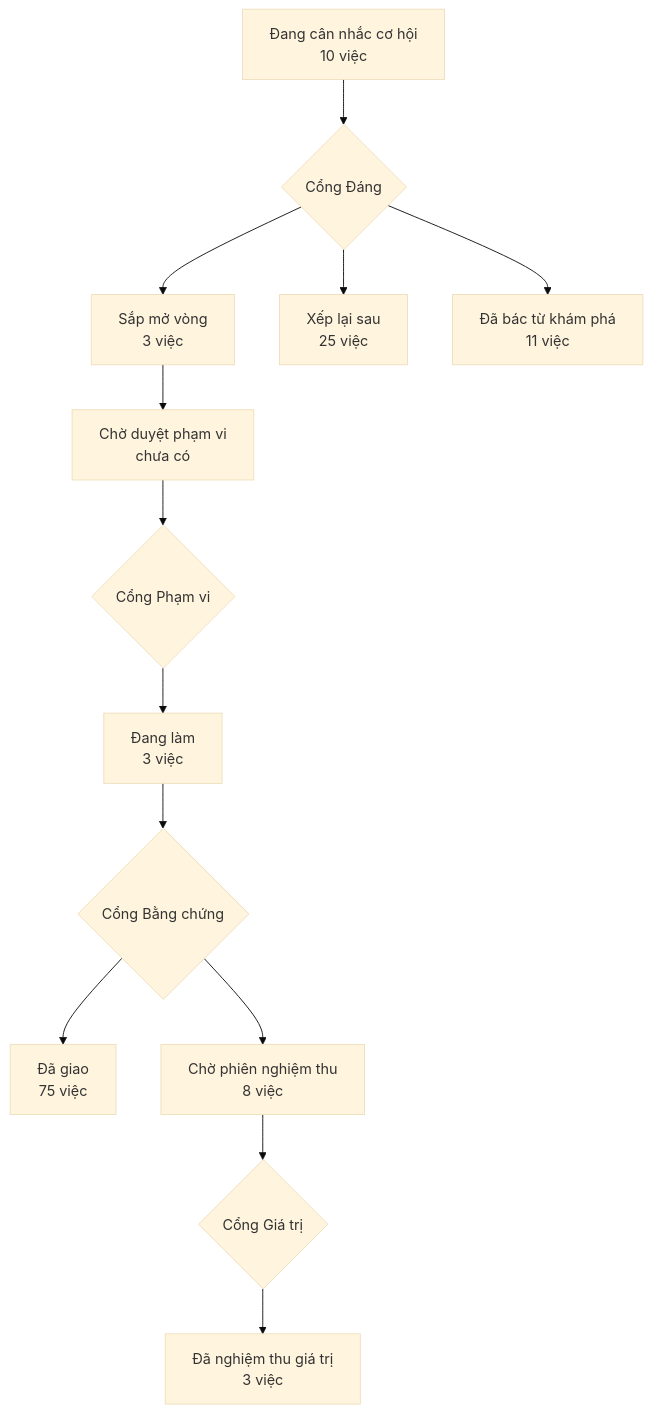
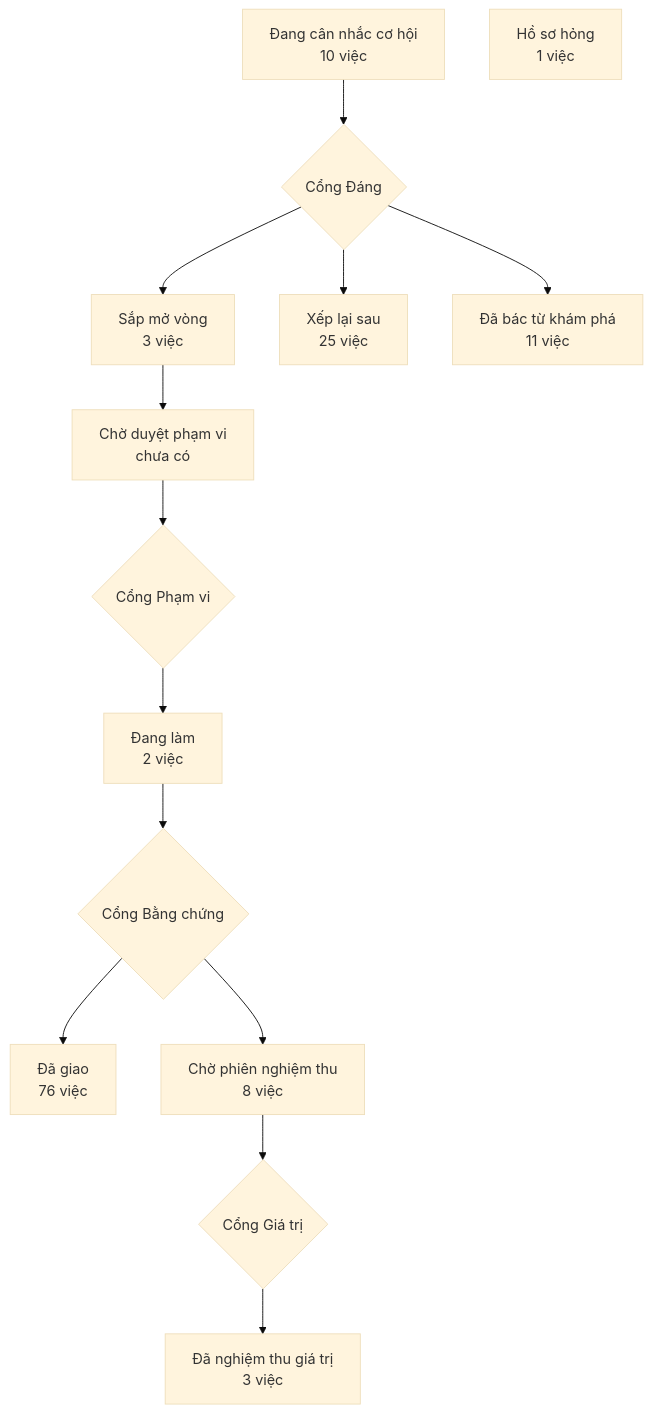
The diagram in PRODUCT-MAP.md (phanlemanh/acceptance-gate-kit), drawn with Mermaid (base theme) before and after one commit. The commit also changed other lines of this file and 5 other files, not shown here.

````diff
--- a/PRODUCT-MAP.md
+++ b/PRODUCT-MAP.md
@@ -6,12 +6,13 @@
 ```mermaid
 flowchart TD
   A["Đang cân nhắc cơ hội<br/>10 việc"] --> GD{"Cổng Đáng"}
   GD --> B["Sắp mở vòng<br/>3 việc"]
   GD --> XL["Xếp lại sau<br/>25 việc"]
   GD --> DB["Đã bác từ khám phá<br/>11 việc"]
   B --> CD["Chờ duyệt phạm vi<br/>chưa có"] --> GP{"Cổng Phạm vi"}
-  GP --> DL["Đang làm<br/>3 việc"] --> GB{"Cổng Bằng chứng"}
-  GB --> DG["Đã giao<br/>75 việc"]
+  GP --> DL["Đang làm<br/>2 việc"] --> GB{"Cổng Bằng chứng"}
+  GB --> DG["Đã giao<br/>76 việc"]
   GB --> CN["Chờ phiên nghiệm thu<br/>8 việc"] --> GG{"Cổng Giá trị"}
   GG --> NT["Đã nghiệm thu giá trị<br/>3 việc"]
+  HS["Hồ sơ hỏng<br/>1 việc"]
 ```
````
